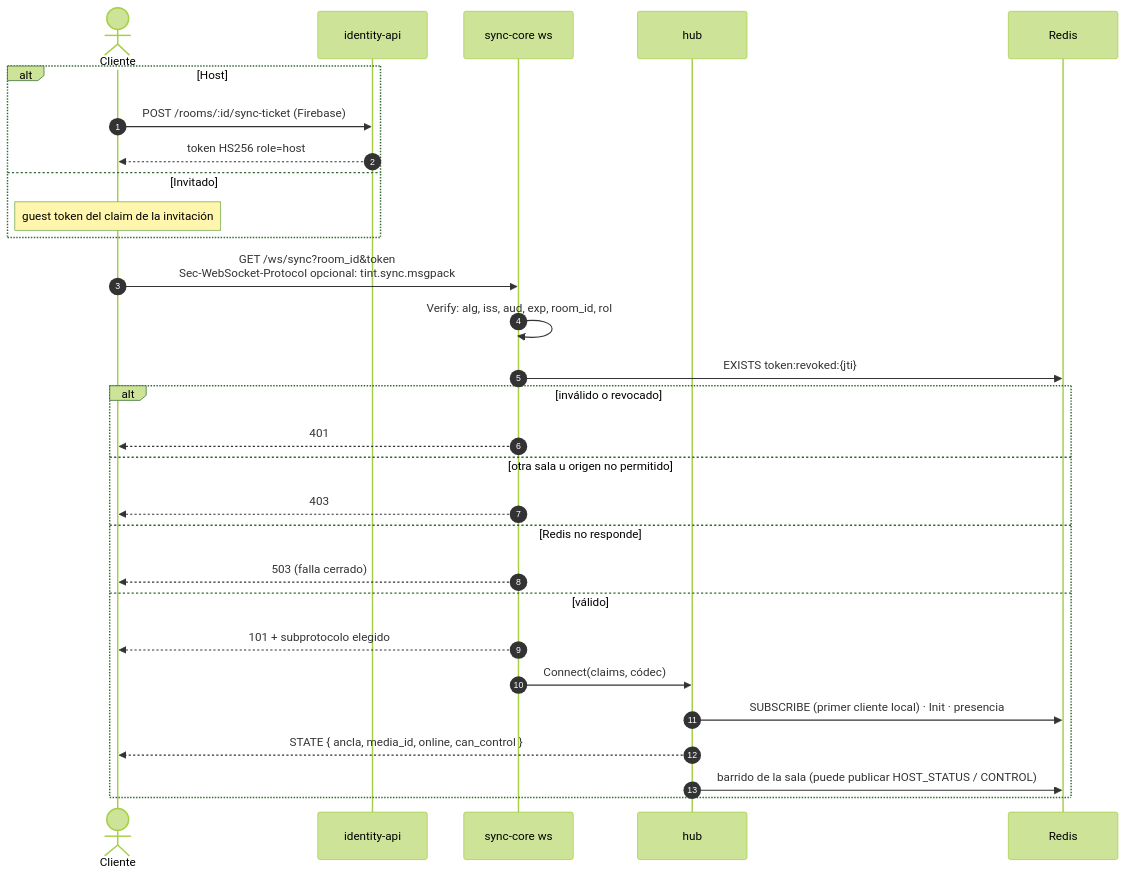
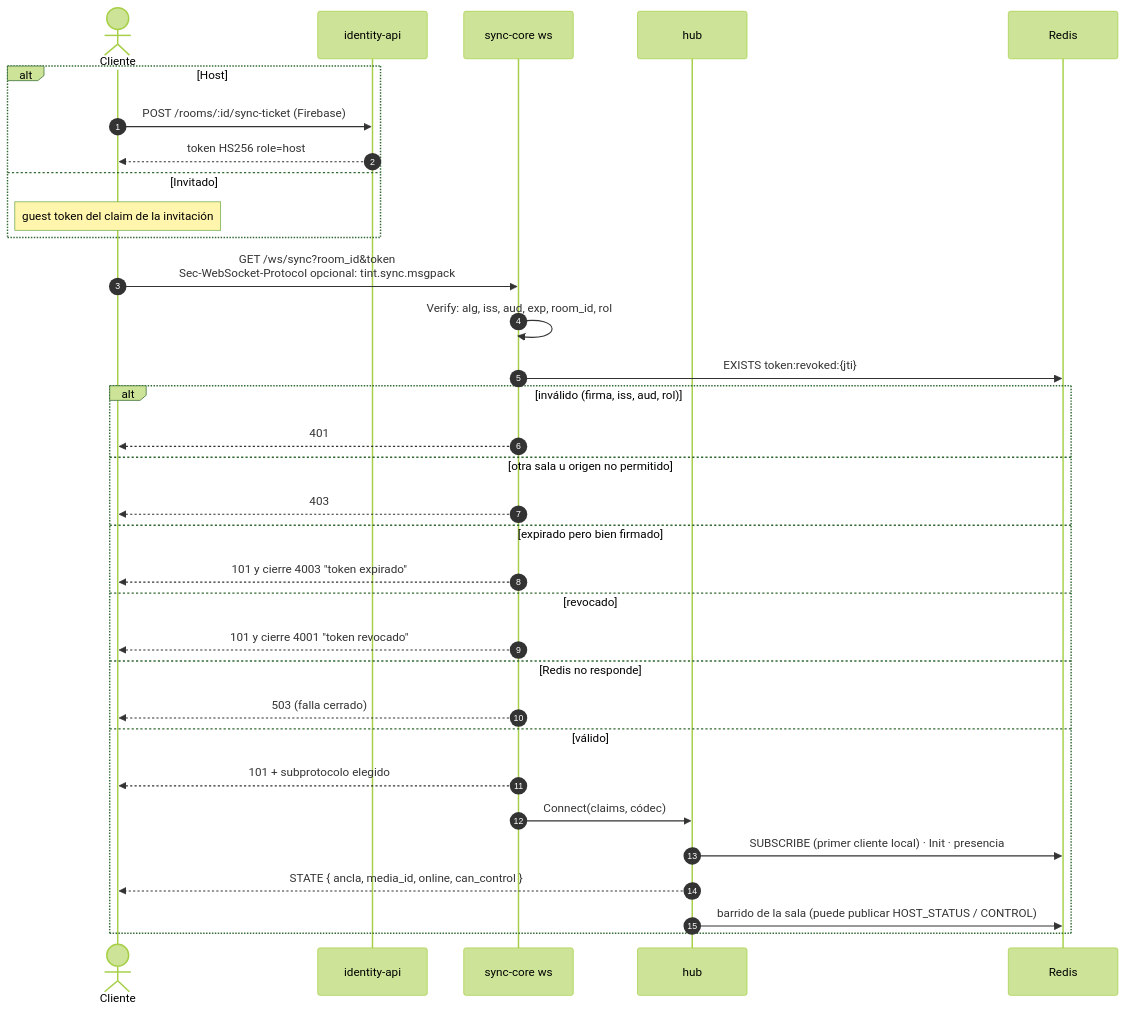
The fifth of 17 diagrams in docs/dominio-reproduccion.md (N1ghtlyC0de/TINT), drawn with Mermaid (forest theme) before and after one commit. The commit also changed other lines of this file and 5 other files, not shown here.

````diff
--- a/docs/dominio-reproduccion.md
+++ b/docs/dominio-reproduccion.md
@@ -325,32 +325,36 @@
 ```mermaid
 sequenceDiagram
     autonumber
     actor C as Cliente
     participant ID as identity-api
     participant WS as sync-core ws
     participant HUB as hub
     participant R as Redis
 
     alt Host
         C->>ID: POST /rooms/:id/sync-ticket (Firebase)
         ID-->>C: token HS256 role=host
     else Invitado
         Note over C: guest token del claim de la invitación
     end
     C->>WS: GET /ws/sync?room_id&token<br/>Sec-WebSocket-Protocol opcional: tint.sync.msgpack
     WS->>WS: Verify: alg, iss, aud, exp, room_id, rol
     WS->>R: EXISTS token:revoked:{jti}
-    alt inválido o revocado
+    alt inválido (firma, iss, aud, rol)
         WS-->>C: 401
     else otra sala u origen no permitido
         WS-->>C: 403
+    else expirado pero bien firmado
+        WS-->>C: 101 y cierre 4003 "token expirado"
+    else revocado
+        WS-->>C: 101 y cierre 4001 "token revocado"
     else Redis no responde
         WS-->>C: 503 (falla cerrado)
     else válido
         WS-->>C: 101 + subprotocolo elegido
         WS->>HUB: Connect(claims, códec)
         HUB->>R: SUBSCRIBE (primer cliente local) · Init · presencia
         HUB-->>C: STATE { ancla, media_id, online, can_control }
         HUB->>R: barrido de la sala (puede publicar HOST_STATUS / CONTROL)
     end
 ```
````
